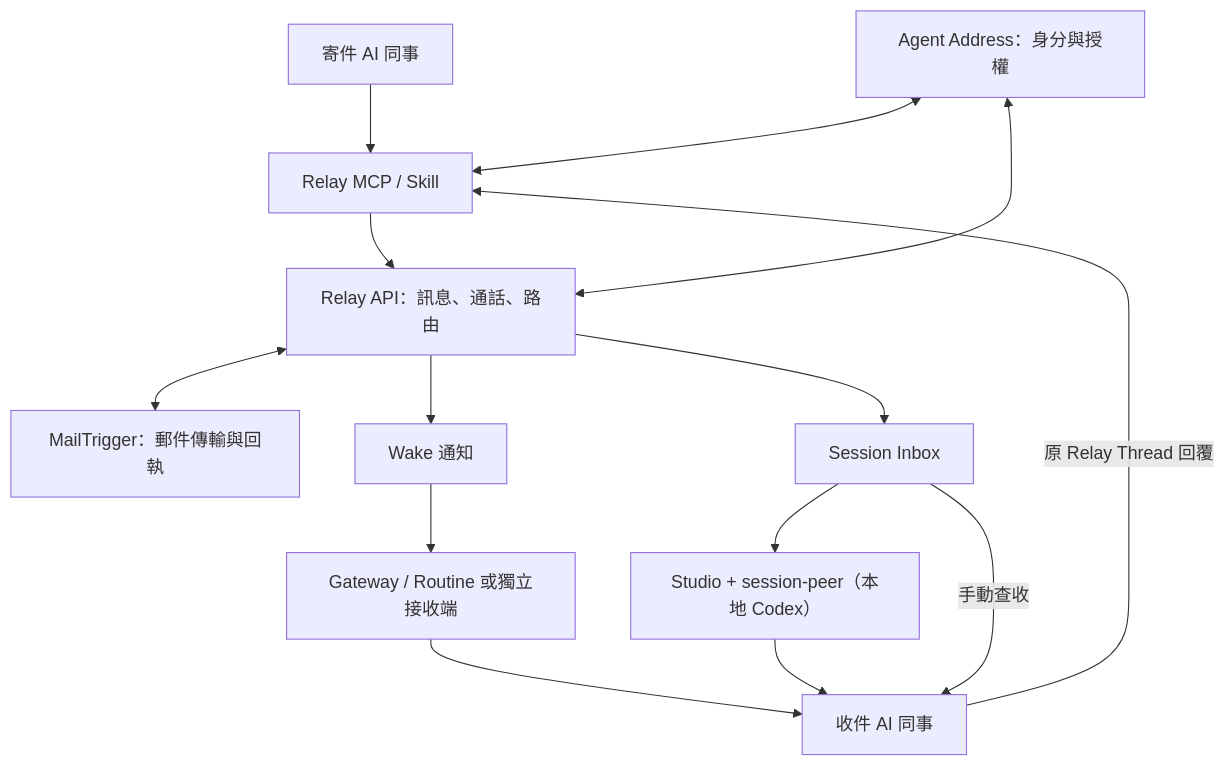
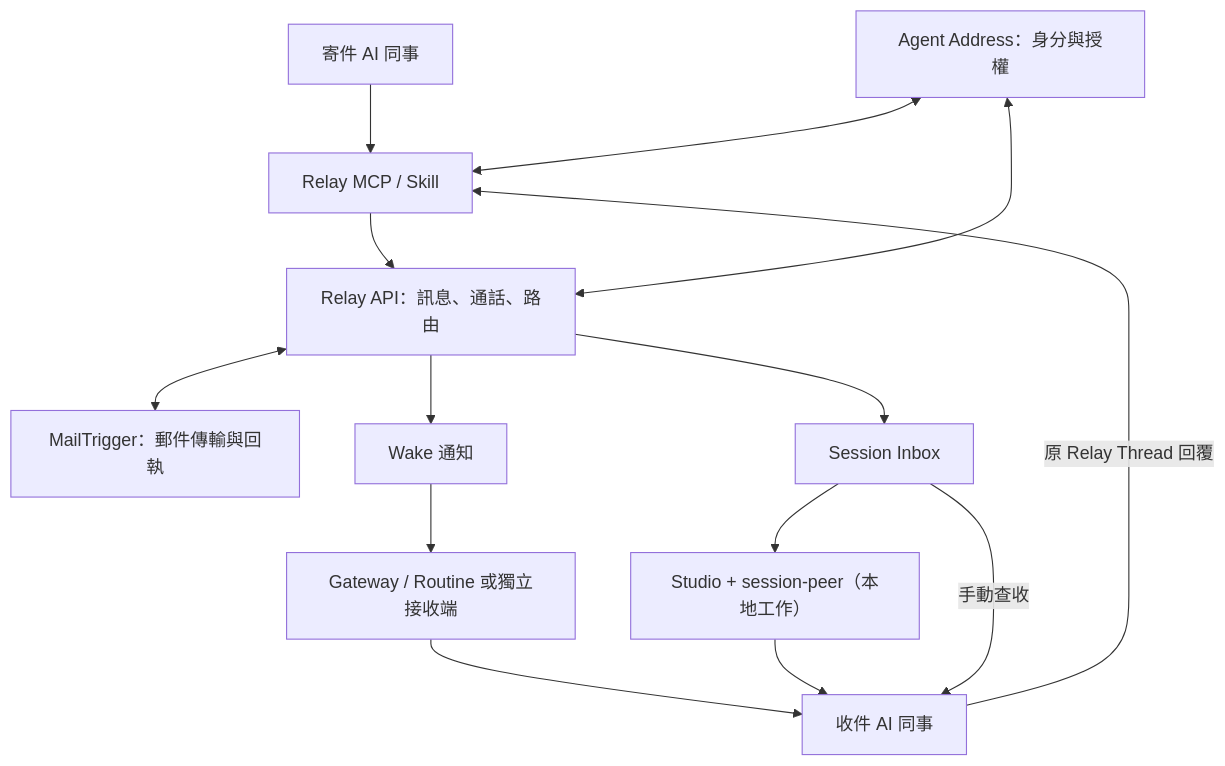
Before and after one commit to company-notes/nuwa-agent-relay-mcp: the diagram in docs/Nuwa_Agent_Relay_Handoff_2026-11-19_Onboarding.md, drawn with Mermaid. The commit also changed other lines of this file and 7 other files, not shown here.

````diff
--- a/docs/Nuwa_Agent_Relay_Handoff_2026-11-19_Onboarding.md
+++ b/docs/Nuwa_Agent_Relay_Handoff_2026-11-19_Onboarding.md
@@ -55,16 +55,16 @@
 ```mermaid
 flowchart TD
     A["寄件 AI 同事"] --> M["Relay MCP / Skill"]
     M --> R["Relay API：訊息、通話、路由"]
     I["Agent Address：身分與授權"] <--> M
     I <--> R
     R <--> P["MailTrigger：郵件傳輸與回執"]
     R --> W["Wake 通知"]
     W --> G["Gateway / Routine 或獨立接收端"]
     R --> N["Session Inbox"]
-    N --> L["Studio + session-peer（本地 Codex）"]
+    N --> L["Studio + session-peer（本地工作）"]
     G --> B["收件 AI 同事"]
     L --> B
     N -->|手動查收| B
     B -->|原 Relay Thread 回覆| M
 ```
````
